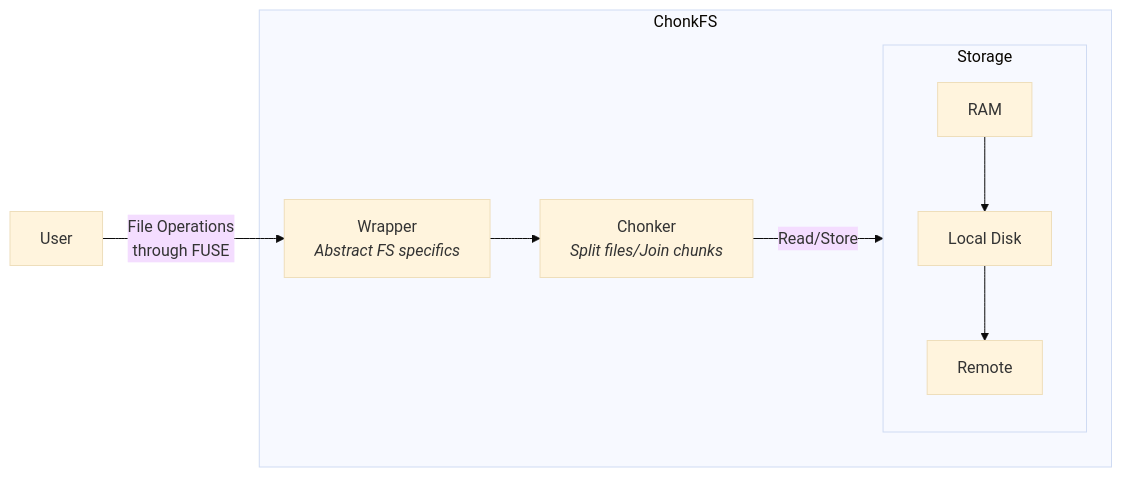
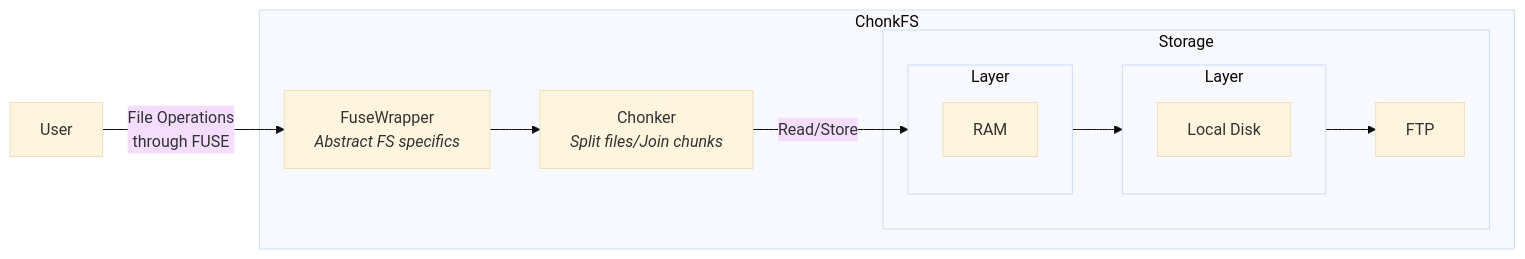
The diagram in README.md (lerenn/chonkfs), drawn with Mermaid (base theme) before and after one commit. The commit also changed other lines of this file and 36 other files, not shown here.

Commit message:
feat(disk): add disk as storage (#13)

````diff
--- a/README.md
+++ b/README.md
@@ -24,13 +24,22 @@
 ```mermaid
 flowchart LR
-    User --File Operations<br/>through FUSE--> Wrapper
+    User --File Operations<br/>through FUSE--> FuseWrapper
     subgraph "ChonkFS"
-        Wrapper[Wrapper<br><i>Abstract FS specifics</i>] --> Chonker[Chonker<br><i>Split files/Join chunks</i>]
-        Chonker --Read/Store--> Storage
+        FuseWrapper[FuseWrapper<br><i>Abstract FS specifics</i>] --> Chonker[Chonker<br><i>Split files/Join chunks</i>]
+        Chonker --Read/Store--> LayerRam
 
         subgraph "Storage"
-            RAM --> LocalDisk[Local Disk] 
-            LocalDisk --> Remote
+            subgraph LayerRam[Layer]
+                RAM 
+            end
+            subgraph LayerDisk[Layer]
+                LocalDisk[Local Disk]
+            end
+            
+            FTP
         end
     end
+
+    LayerRam --> LayerDisk
+    LayerDisk --> FTP
 ```
````
